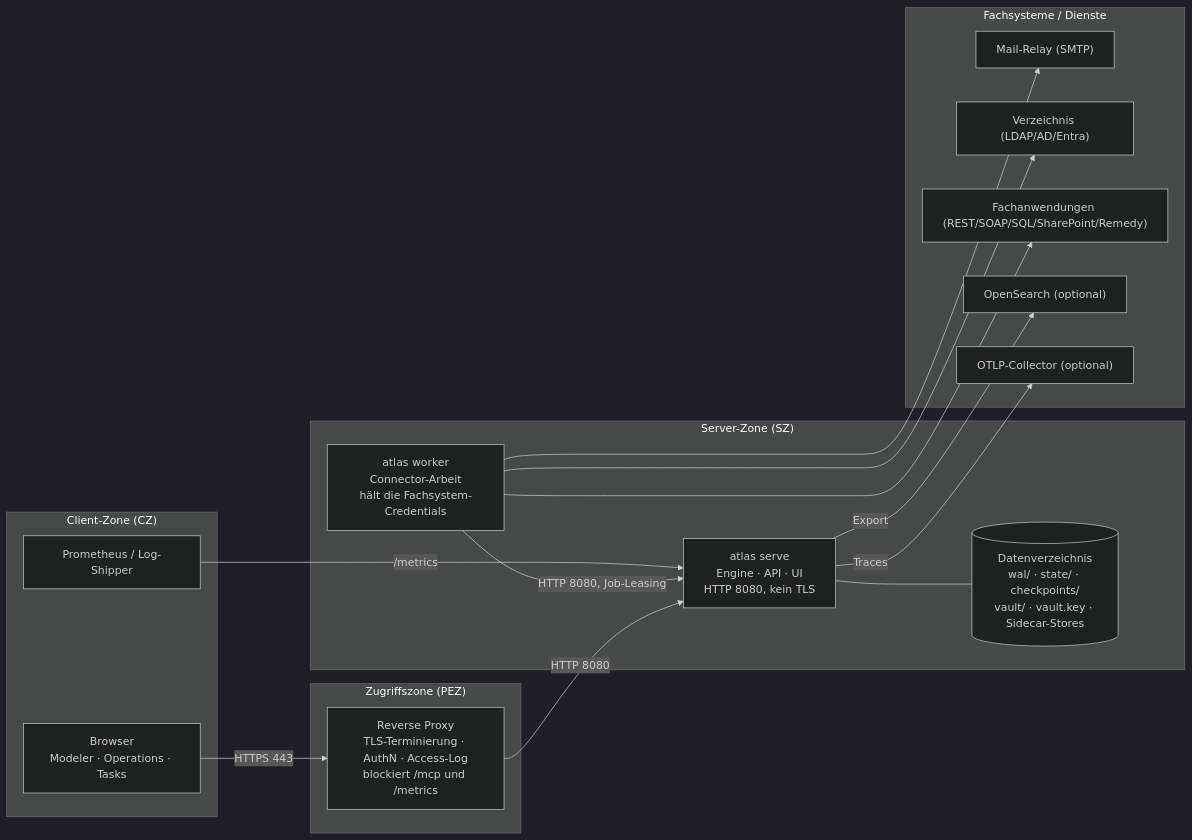
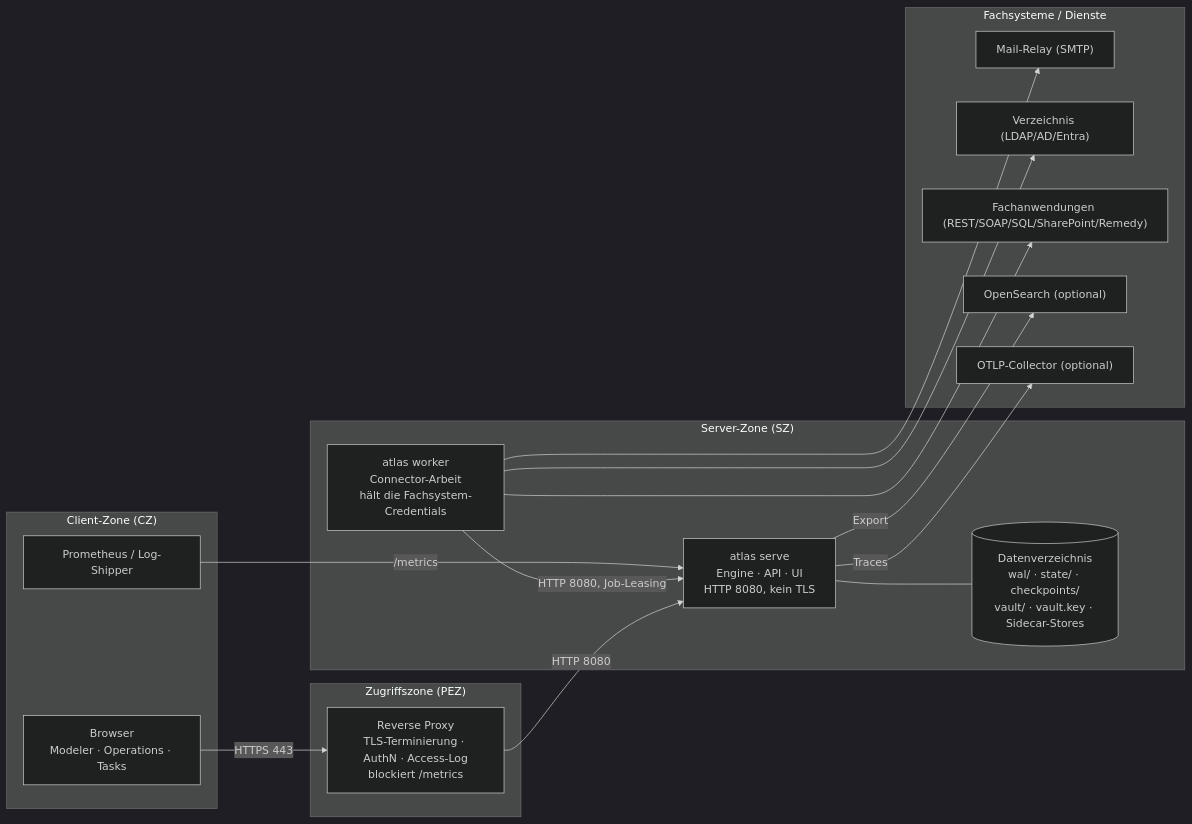
The diagram in docs/compliance/isds-konzept.md (pblumer/atlas), drawn with Mermaid (dark theme) before and after one commit. The commit also changed other lines of this file and 29 other files, not shown here.

````diff
--- a/docs/compliance/isds-konzept.md
+++ b/docs/compliance/isds-konzept.md
@@ -459,33 +471,33 @@
 ```mermaid
 flowchart LR
   subgraph CZ["Client-Zone (CZ)"]
     B["Browser<br/>Modeler · Operations · Tasks"]
     P["Prometheus / Log-Shipper"]
   end
   subgraph PEZ["Zugriffszone (PEZ)"]
-    RP["Reverse Proxy<br/>TLS-Terminierung · AuthN · Access-Log<br/>blockiert /mcp und /metrics"]
+    RP["Reverse Proxy<br/>TLS-Terminierung · AuthN · Access-Log<br/>blockiert /metrics"]
   end
   subgraph SZ["Server-Zone (SZ)"]
     A["atlas serve<br/>Engine · API · UI<br/>HTTP 8080, kein TLS"]
     D[("Datenverzeichnis<br/>wal/ · state/ · checkpoints/<br/>vault/ · vault.key · Sidecar-Stores")]
     W["atlas worker<br/>Connector-Arbeit<br/>hält die Fachsystem-Credentials"]
   end
   subgraph EXT["Fachsysteme / Dienste"]
     M["Mail-Relay (SMTP)"]
     L["Verzeichnis (LDAP/AD/Entra)"]
     S["Fachanwendungen (REST/SOAP/SQL/SharePoint/Remedy)"]
     O["OpenSearch (optional)"]
     T["OTLP-Collector (optional)"]
   end
 
   B -->|HTTPS 443| RP
   RP -->|HTTP 8080| A
   A --- D
   W -->|HTTP 8080, Job-Leasing| A
   W --> M
   W --> L
   W --> S
   A -->|Export| O
   A -->|Traces| T
   P -->|/metrics| A
 ```
````
